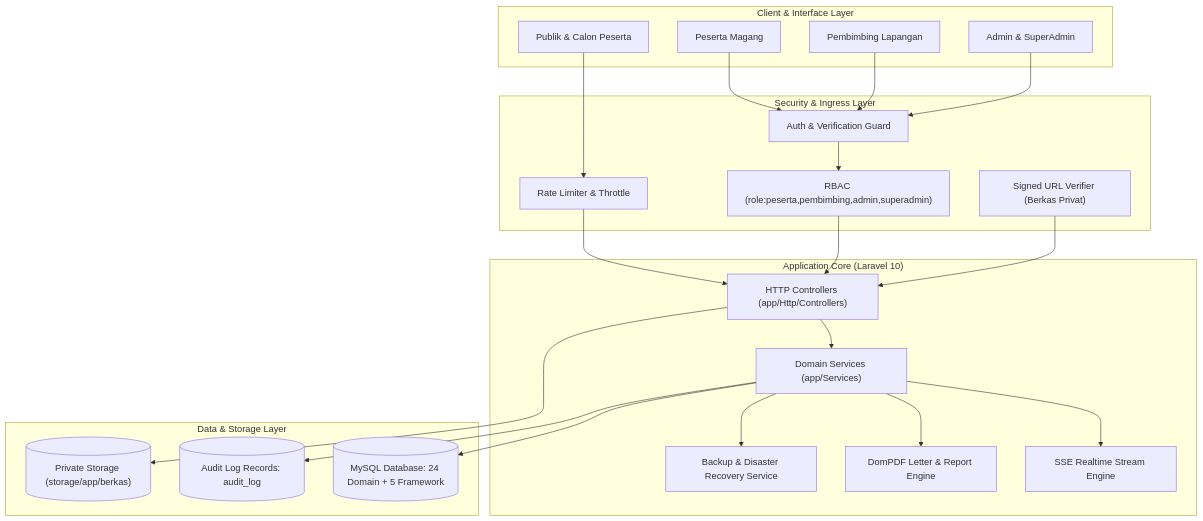
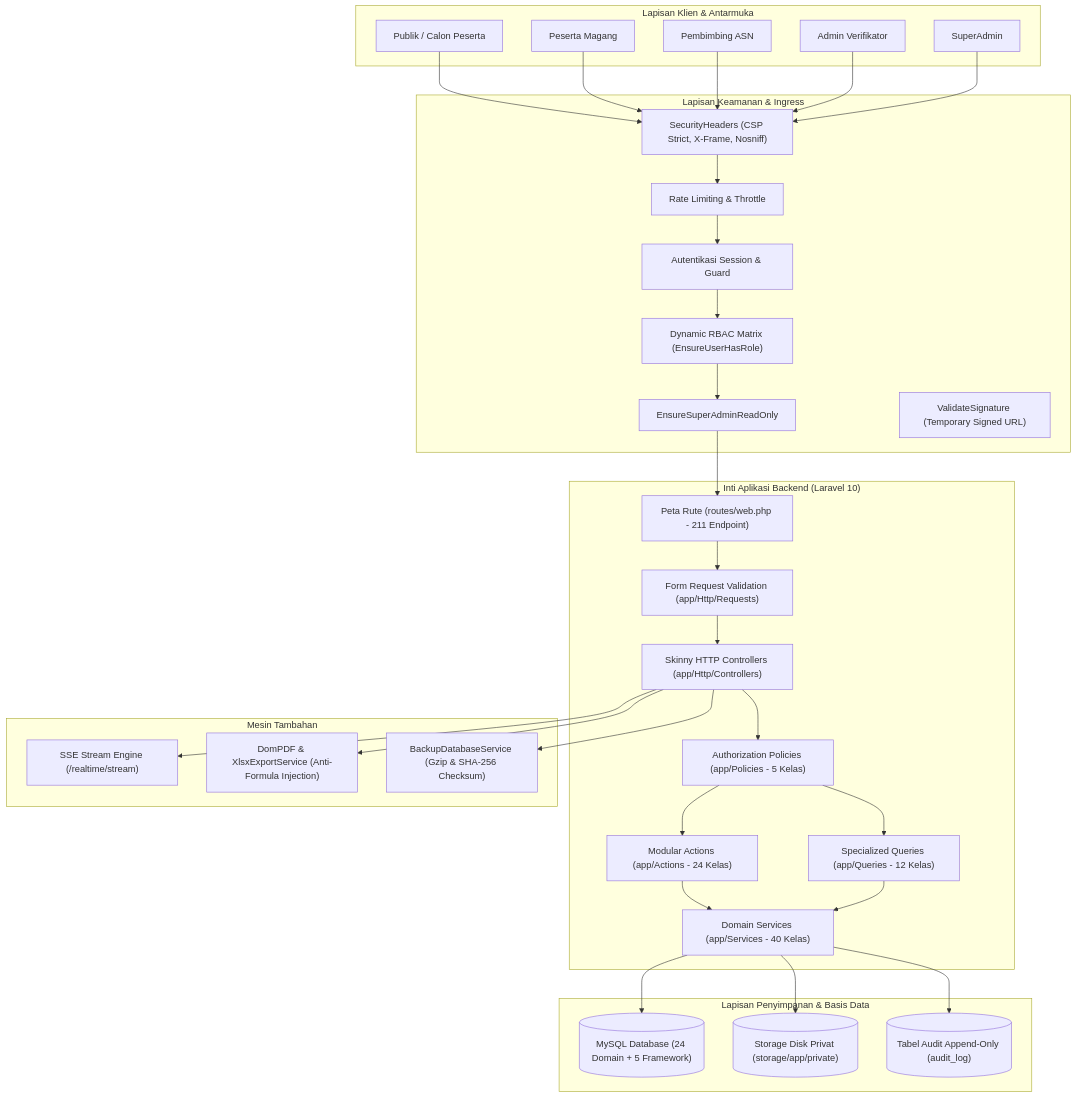
Before and after one commit to EvilAekt/MAGKOM: the diagram in docs/architecture/OVERVIEW.md, drawn with Mermaid. The commit also changed other lines of this file and 72 other files, not shown here.

````diff
--- a/docs/architecture/OVERVIEW.md
+++ b/docs/architecture/OVERVIEW.md
@@ -28,48 +29,68 @@
 ```mermaid
-graph TB
-    subgraph ClientLayer ["Client & Interface Layer"]
-        PublicUser["Publik & Calon Peserta"]
-        PesertaUser["Peserta Magang"]
-        PembimbingUser["Pembimbing Lapangan"]
-        AdminUser["Admin & SuperAdmin"]
+graph TD
+    subgraph KlienPengguna ["Lapisan Klien & Antarmuka"]
+        BrowserPublik["Publik / Calon Peserta"]
+        BrowserPeserta["Peserta Magang"]
+        BrowserPembimbing["Pembimbing ASN"]
+        BrowserAdmin["Admin Verifikator"]
+        BrowserSuperAdmin["SuperAdmin"]
     end
 
-    subgraph SecurityLayer ["Security & Ingress Layer"]
-        RateLimiter["Rate Limiter & Throttle"]
-        AuthMiddleware["Auth & Verification Guard"]
-        RbacMiddleware["RBAC (role:peserta,pembimbing,admin,superadmin)"]
-        SignedUrlCheck["Signed URL Verifier (Berkas Privat)"]
+    subgraph GerbangKeamanan ["Lapisan Keamanan & Ingress"]
+        SecurityHeaders["SecurityHeaders (CSP Strict, X-Frame, Nosniff)"]
+        RateLimiter["Rate Limiting & Throttle"]
+        AuthMiddleware["Autentikasi Session & Guard"]
+        RbacMiddleware["Dynamic RBAC Matrix (EnsureUserHasRole)"]
+        SuperAdminGuard["EnsureSuperAdminReadOnly"]
+        SignedUrlMiddleware["ValidateSignature (Temporary Signed URL)"]
     end
 
-    subgraph AppLayer ["Application Core (Laravel 10)"]
-        Controllers["HTTP Controllers (app/Http/Controllers)"]
-        ServiceLayer["Domain Services (app/Services)"]
-        SseEngine["SSE Realtime Stream Engine"]
-        PdfGenerator["DomPDF Letter & Report Engine"]
-        BackupEngine["Backup & Disaster Recovery Service"]
+    subgraph LapisanAplikasi ["Inti Aplikasi Backend (Laravel 10)"]
+        Routes["Peta Rute (routes/web.php - 211 Endpoint)"]
+        FormRequests["Form Request Validation (app/Http/Requests)"]
+        Controllers["Skinny HTTP Controllers (app/Http/Controllers)"]
+        Actions["Modular Actions (app/Actions - 24 Kelas)"]
+        Queries["Specialized Queries (app/Queries - 12 Kelas)"]
+        Services["Domain Services (app/Services - 40 Kelas)"]
+        Policies["Authorization Policies (app/Policies - 5 Kelas)"]
     end
 
-    subgraph DataStorageLayer ["Data & Storage Layer"]
-        MysqlDB[(MySQL Database: 24 Domain + 5 Framework)]
-        PrivateStorage[("Private Storage (storage/app/berkas)")]
-        AuditTrail[(Audit Log Records: audit_log)]
+    subgraph LapisanData ["Lapisan Penyimpanan & Basis Data"]
+        MysqlDB[("MySQL Database (24 Domain + 5 Framework)")]
+        PrivateDisk[("Storage Disk Privat (storage/app/private)")]
+        AuditLogStore[("Tabel Audit Append-Only (audit_log)")]
     end
 
-    PublicUser --> RateLimiter
-    PesertaUser --> AuthMiddleware
-    PembimbingUser --> AuthMiddleware
-    AdminUser --> AuthMiddleware
+    subgraph LapisanLayananTambahan ["Mesin Tambahan"]
+        RealtimeEngine["SSE Stream Engine (/realtime/stream)"]
+        ExportEngine["DomPDF & XlsxExportService (Anti-Formula Injection)"]
+        BackupEngine["BackupDatabaseService (Gzip & SHA-256 Checksum)"]
+    end
 
+    BrowserPublik --> SecurityHeaders
+    BrowserPeserta --> SecurityHeaders
+    BrowserPembimbing --> SecurityHeaders
+    BrowserAdmin --> SecurityHeaders
+    BrowserSuperAdmin --> SecurityHeaders
+
+    SecurityHeaders --> RateLimiter
+    RateLimiter --> AuthMiddleware
     AuthMiddleware --> RbacMiddleware
-    RateLimiter --> Controllers
-    RbacMiddleware --> Controllers
-    SignedUrlCheck --> Controllers
+    RbacMiddleware --> SuperAdminGuard
+    SuperAdminGuard --> Routes
 
-    Controllers --> ServiceLayer
-    ServiceLayer --> SseEngine
-    ServiceLayer --> PdfGenerator
-    ServiceLayer --> BackupEngine
-    ServiceLayer --> MysqlDB
-    ServiceLayer --> AuditTrail
-    Controllers --> PrivateStorage
+    Routes --> FormRequests
+    FormRequests --> Controllers
+    Controllers --> Policies
+    Policies --> Actions
+    Policies --> Queries
+    Actions --> Services
+    Queries --> Services
+    Services --> MysqlDB
+    Services --> PrivateDisk
+    Services --> AuditLogStore
+
+    Controllers --> RealtimeEngine
+    Controllers --> ExportEngine
+    Controllers --> BackupEngine
 ```
````
